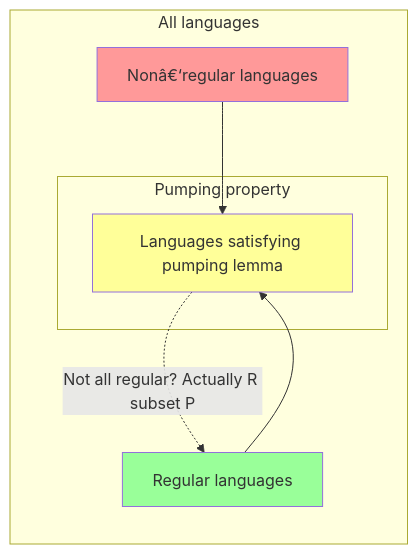
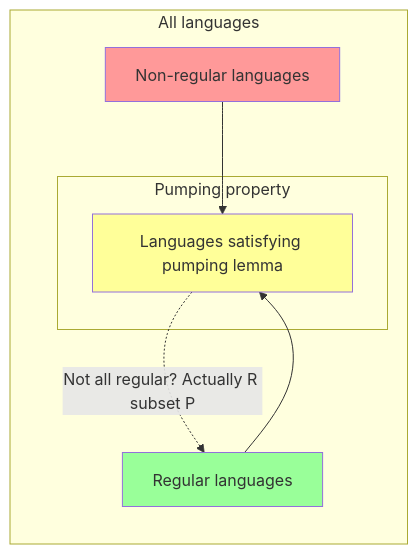
One commit to manishkumar8312/CS-Fundamentals changed the second of 2 diagrams in Theory Of Computation/Ch04 - Pumping Lemma for RL.md. Above: the diagram before and after it, drawn with Mermaid. The commit also changed other lines of this file, not shown here.

````diff
--- a/Theory Of Computation/Ch04 - Pumping Lemma for RL.md
+++ b/Theory Of Computation/Ch04 - Pumping Lemma for RL.md
@@ -139,16 +138,16 @@
 ```mermaid
 flowchart LR
     subgraph All languages
         R[Regular languages]
-        N[Nonâ€‘regular languages]
+        N[Non-regular languages]
         subgraph Pumping property
             P[Languages satisfying pumping lemma]
         end
     end
     R --> P
     N --> P
     P -.->|Not all regular? Actually R subset P| R
     style R fill:#9f9
     style N fill:#f99
     style P fill:#ff9
 ```
````
